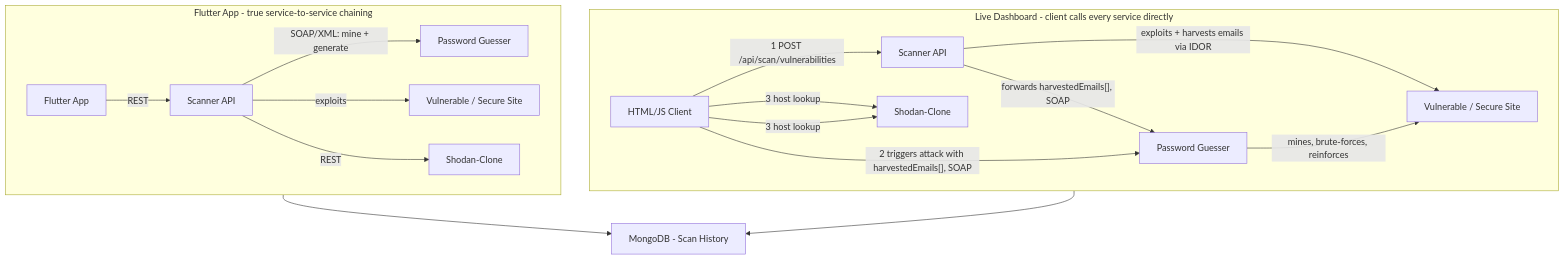
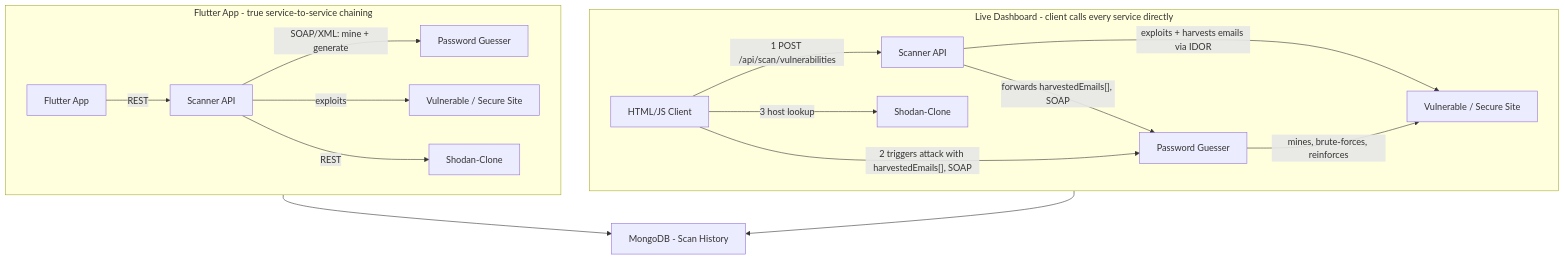
Before and after one commit to ghassen1586-ui/security-scanner-project: the diagram in README.md, drawn with Mermaid.

Commit message:
Architecture fixed

````diff
--- a/README.md
+++ b/README.md
@@ -20,25 +20,25 @@
 ```mermaid
 flowchart TB
     subgraph Dashboard["Live Dashboard - client calls every service directly"]
         direction LR
         Client["HTML/JS Client"]
         Client -->|"1 POST /api/scan/vulnerabilities"| Scanner1["Scanner API"]
         Scanner1 -->|"exploits + harvests emails via IDOR"| Target1["Vulnerable / Secure Site"]
         Scanner1 -->|"forwards harvestedEmails[], SOAP"| Guesser1["Password Guesser"]
         Client -->|"2 triggers attack with harvestedEmails[], SOAP"| Guesser1
         Guesser1 -->|"mines, brute-forces, reinforces"| Target1
-        Client -->|"3 host lookup"| Shodan1["Shodan-Clone"]
+        
         Client -->|"3 host lookup"| Shodan1["Shodan-Clone"]
     end
 
     subgraph Legacy["Flutter App - true service-to-service chaining"]
         direction LR
         Flutter["Flutter App"] -->|"REST"| Scanner2["Scanner API"]
         Scanner2 -->|"SOAP/XML: mine + generate"| Guesser2["Password Guesser"]
         Scanner2 -->|"exploits"| Target2["Vulnerable / Secure Site"]
         Scanner2 -->|"REST"| Shodan2["Shodan-Clone"]
     end
 
     Scanner1 --> Mongo["MongoDB - Scan History"]
     Scanner2 --> Mongo
 ```
````
